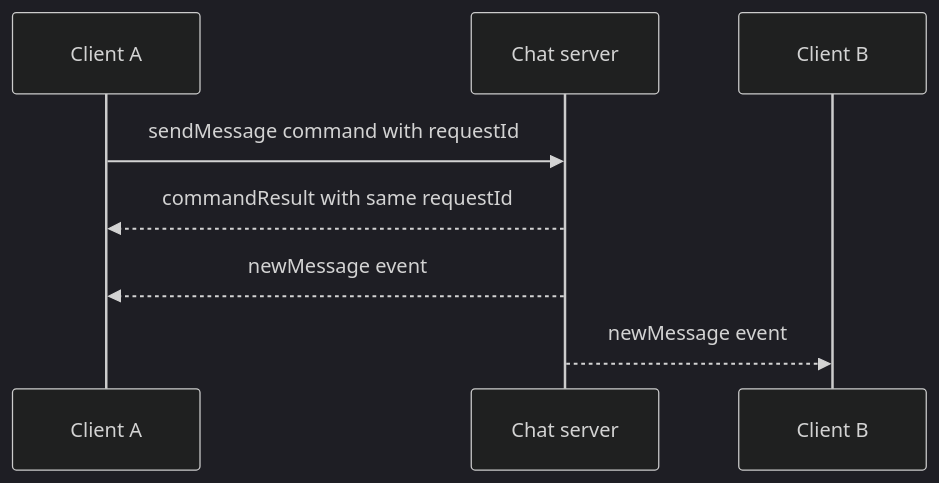
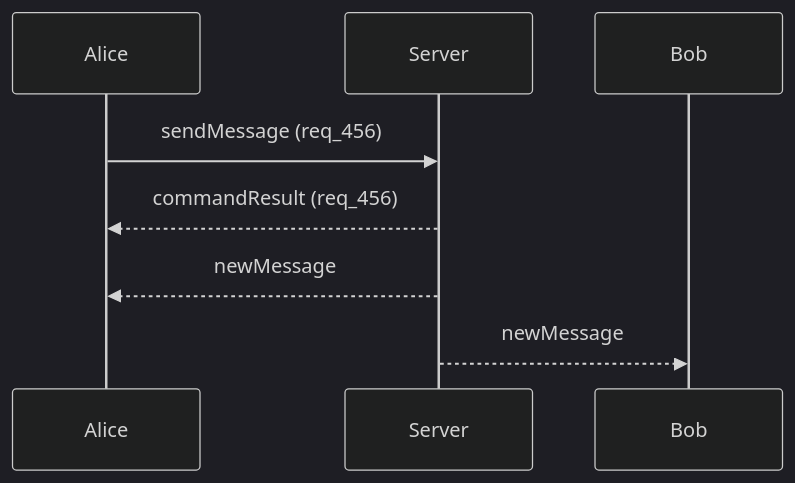
The second of 3 diagrams in connection-protocols/websockets.md (alanqi03/sys-design), drawn with Mermaid (dark theme) before and after one commit. The commit also changed other lines of this file and 6 other files, not shown here.

````diff
--- a/connection-protocols/websockets.md
+++ b/connection-protocols/websockets.md
@@ -78,11 +83,10 @@
 ```{mermaid}
 sequenceDiagram
-  participant A as Client A
-  participant S as Chat server
-  participant B as Client B
-
-  A->>S: sendMessage command with requestId
-  S-->>A: commandResult with same requestId
-  S-->>A: newMessage event
-  S-->>B: newMessage event
+  participant A as Alice
+  participant S as Server
+  participant B as Bob
+  A->>S: sendMessage (req_456)
+  S-->>A: commandResult (req_456)
+  S-->>A: newMessage
+  S-->>B: newMessage
 ```
````
